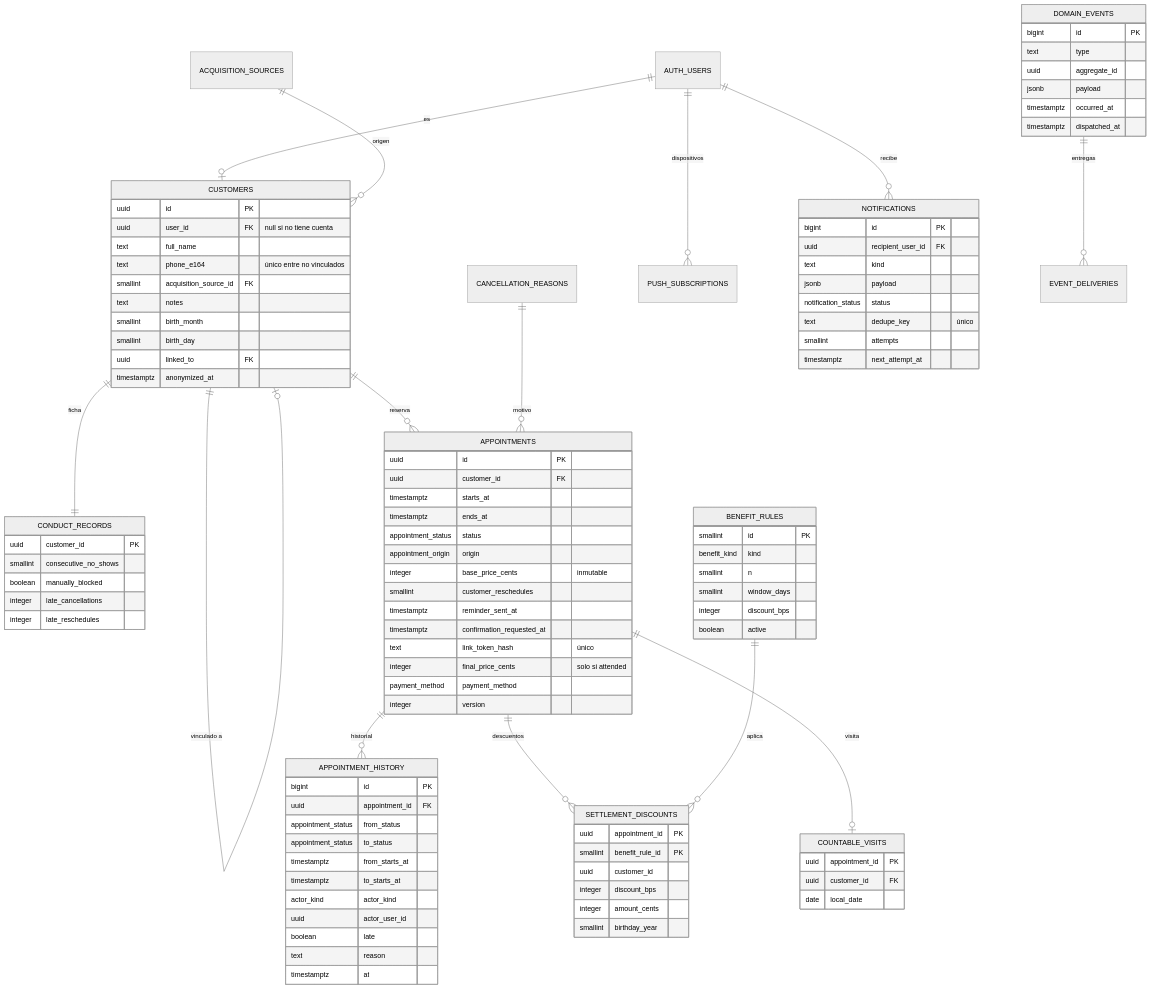
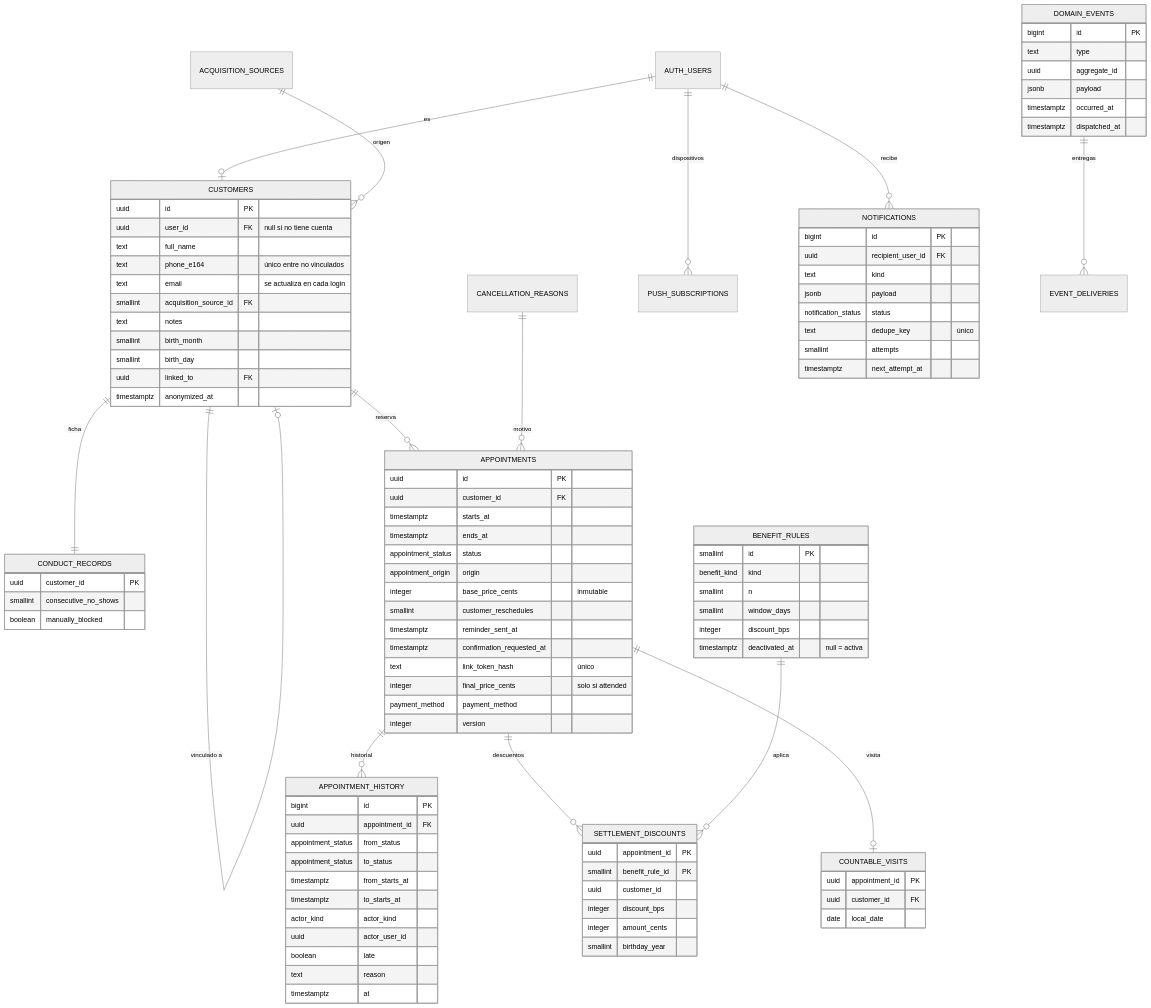
The diagram in docs/diseno/02-base-de-datos.md (gcasas205/barber-colo-app), drawn with Mermaid (neutral theme) before and after one commit. The commit also changed other lines of this file and 3 other files, not shown here.

```diff
--- a/docs/diseno/02-base-de-datos.md
+++ b/docs/diseno/02-base-de-datos.md
@@ -48,6 +48,7 @@
         uuid user_id FK "null si no tiene cuenta"
         text full_name
         text phone_e164 "único entre no vinculados"
+        text email "se actualiza en cada login"
         smallint acquisition_source_id FK
         text notes
         smallint birth_month
@@ -88,8 +89,6 @@
         uuid customer_id PK
         smallint consecutive_no_shows
         boolean manually_blocked
-        integer late_cancellations
-        integer late_reschedules
     }
     BENEFIT_RULES {
         smallint id PK
@@ -97,7 +96,7 @@
         smallint n
         smallint window_days
         integer discount_bps
-        boolean active
+        timestamptz deactivated_at "null = activa"
     }
     SETTLEMENT_DISCOUNTS {
         uuid appointment_id PK
```
